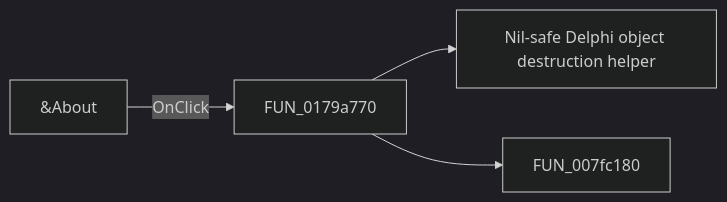
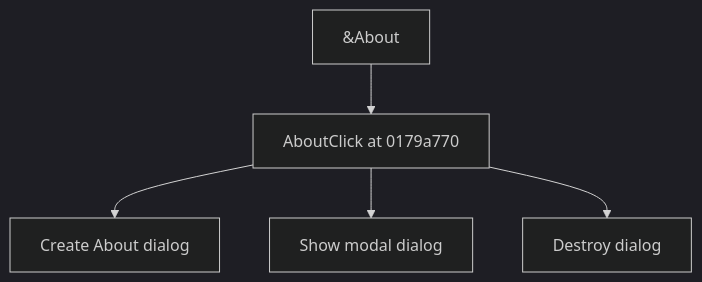
One commit to MovGP0/TIARA changed the diagram in docs/ui-controls/shapeedit/about-fd7f0842ec.md. Above: the diagram before and after it, drawn with Mermaid (dark theme). The commit also changed other lines of this file and 1062 other files, not shown here.

````diff
--- a/docs/ui-controls/shapeedit/about-fd7f0842ec.md
+++ b/docs/ui-controls/shapeedit/about-fd7f0842ec.md
@@ -27,6 +25,7 @@
 ```mermaid
-flowchart LR
-    control["&About"] -->|OnClick| handler["FUN_0179a770"]
-    handler --> call1["Nil-safe Delphi object destruction helper"]
-    handler --> call2["FUN_007fc180"]
+flowchart TD
+    control["&About"] --> handler["AboutClick at 0179a770"]
+    handler --> step1["Create About dialog"]
+    handler --> step2["Show modal dialog"]
+    handler --> step3["Destroy dialog"]
 ```
````
